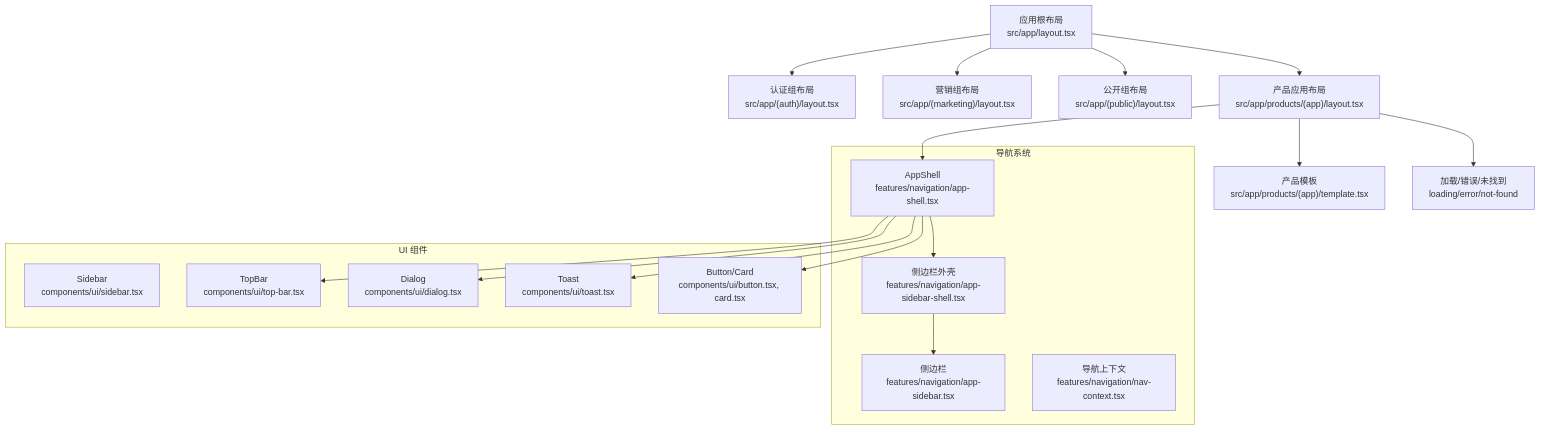
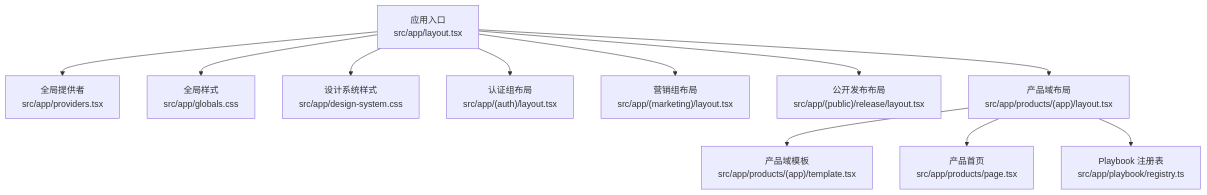
One commit to scottcwy/PurpleInk changed the first of 8 diagrams in .qoder/repowiki/zh/content/前端架构/前端架构.md. Above: the diagram before and after it, drawn with Mermaid. The commit also changed other lines of this file and 872 other files, not shown here.

````diff
--- a/.qoder/repowiki/zh/content/前端架构/前端架构.md
+++ b/.qoder/repowiki/zh/content/前端架构/前端架构.md
@@ -58,29 +71,13 @@
 ```mermaid
 graph TB
-A["应用根布局<br/>src/app/layout.tsx"] --> B["认证组布局<br/>src/app/(auth)/layout.tsx"]
-A --> C["营销组布局<br/>src/app/(marketing)/layout.tsx"]
-A --> D["公开组布局<br/>src/app/(public)/layout.tsx"]
-A --> E["产品应用布局<br/>src/app/products/(app)/layout.tsx"]
-E --> F["产品模板<br/>src/app/products/(app)/template.tsx"]
-E --> G["加载/错误/未找到<br/>loading/error/not-found"]
-subgraph "导航系统"
-H["AppShell<br/>features/navigation/app-shell.tsx"]
-I["侧边栏外壳<br/>features/navigation/app-sidebar-shell.tsx"]
-J["侧边栏<br/>features/navigation/app-sidebar.tsx"]
-K["导航上下文<br/>features/navigation/nav-context.tsx"]
-end
-subgraph "UI 组件"
-L["Sidebar<br/>components/ui/sidebar.tsx"]
-M["TopBar<br/>components/ui/top-bar.tsx"]
-N["Dialog<br/>components/ui/dialog.tsx"]
-O["Toast<br/>components/ui/toast.tsx"]
-P["Button/Card<br/>components/ui/button.tsx, card.tsx"]
-end
-E --> H
-H --> I
-I --> J
-H --> M
-H --> N
-H --> O
-H --> P
+A["应用入口<br/>src/app/layout.tsx"] --> B["全局提供者<br/>src/app/providers.tsx"]
+A --> C["全局样式<br/>src/app/globals.css"]
+A --> D["设计系统样式<br/>src/app/design-system.css"]
+A --> E["认证组布局<br/>src/app/(auth)/layout.tsx"]
+A --> F["营销组布局<br/>src/app/(marketing)/layout.tsx"]
+A --> G["公开发布布局<br/>src/app/(public)/release/layout.tsx"]
+A --> H["产品域布局<br/>src/app/products/(app)/layout.tsx"]
+H --> I["产品域模板<br/>src/app/products/(app)/template.tsx"]
+H --> J["产品首页<br/>src/app/products/page.tsx"]
+H --> K["Playbook 注册表<br/>src/app/playbook/registry.ts"]
 ```
````
